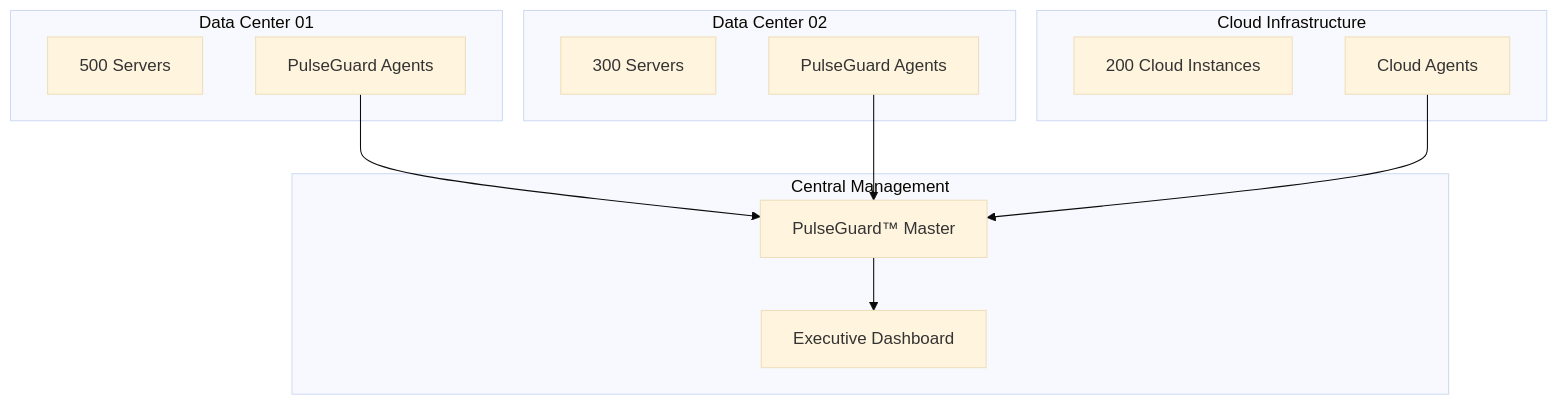
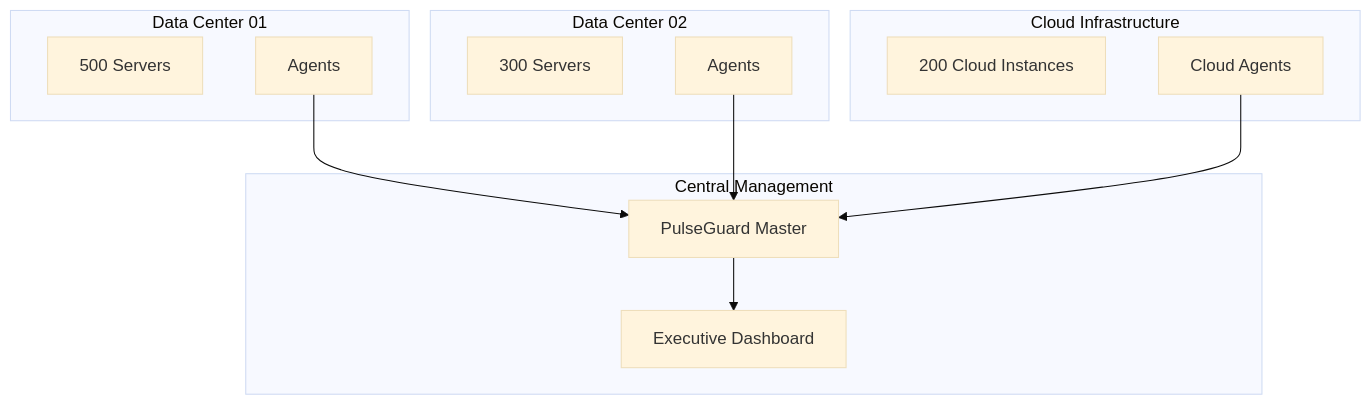
The seventh of 9 diagrams in docs/PULSEGUARD_COMPREHENSIVE_DOCUMENTATION.md (ShanKonduru/agent_monitor), drawn with Mermaid (base theme) before and after one commit. The commit also changed other lines of this file and 9338 other files, not shown here.

````diff
--- a/docs/PULSEGUARD_COMPREHENSIVE_DOCUMENTATION.md
+++ b/docs/PULSEGUARD_COMPREHENSIVE_DOCUMENTATION.md
@@ -522,27 +509,27 @@
 ```mermaid
 graph TB
-    subgraph DataCenter01 [Data Center 01]
-        DC1[500 Servers]
-        A1[PulseGuard Agents]
-    end
-    
-    subgraph DataCenter02 [Data Center 02]
-        DC2[300 Servers]
-        A2[PulseGuard Agents]
-    end
-    
-    subgraph CloudInfrastructure [Cloud Infrastructure]
-        CLOUD[200 Cloud Instances]
-        A3[Cloud Agents]
-    end
-    
-    subgraph CentralManagement [Central Management]
-        MASTER[PulseGuard™ Master]
-        DASH[Executive Dashboard]
-    end
-    
-    A1 --> MASTER
-    A2 --> MASTER
-    A3 --> MASTER
-    MASTER --> DASH
+  subgraph DC1[Data Center 01]
+    DC1_Servers[500 Servers]
+    DC1_Agents[Agents]
+  end
+
+  subgraph DC2[Data Center 02]
+    DC2_Servers[300 Servers]
+    DC2_Agents[Agents]
+  end
+
+  subgraph CLOUD[Cloud Infrastructure]
+    Cloud_Instances[200 Cloud Instances]
+    Cloud_Agents[Cloud Agents]
+  end
+
+  subgraph Central[Central Management]
+    Master[PulseGuard Master]
+    Dash[Executive Dashboard]
+  end
+
+  DC1_Agents --> Master
+  DC2_Agents --> Master
+  Cloud_Agents --> Master
+  Master --> Dash
 ```
````
